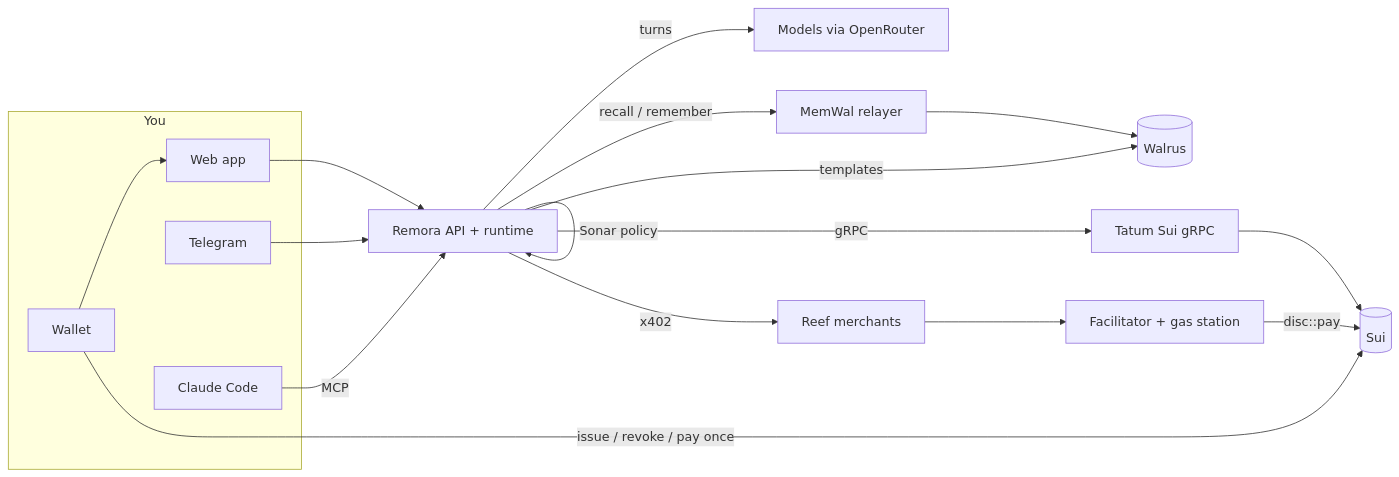
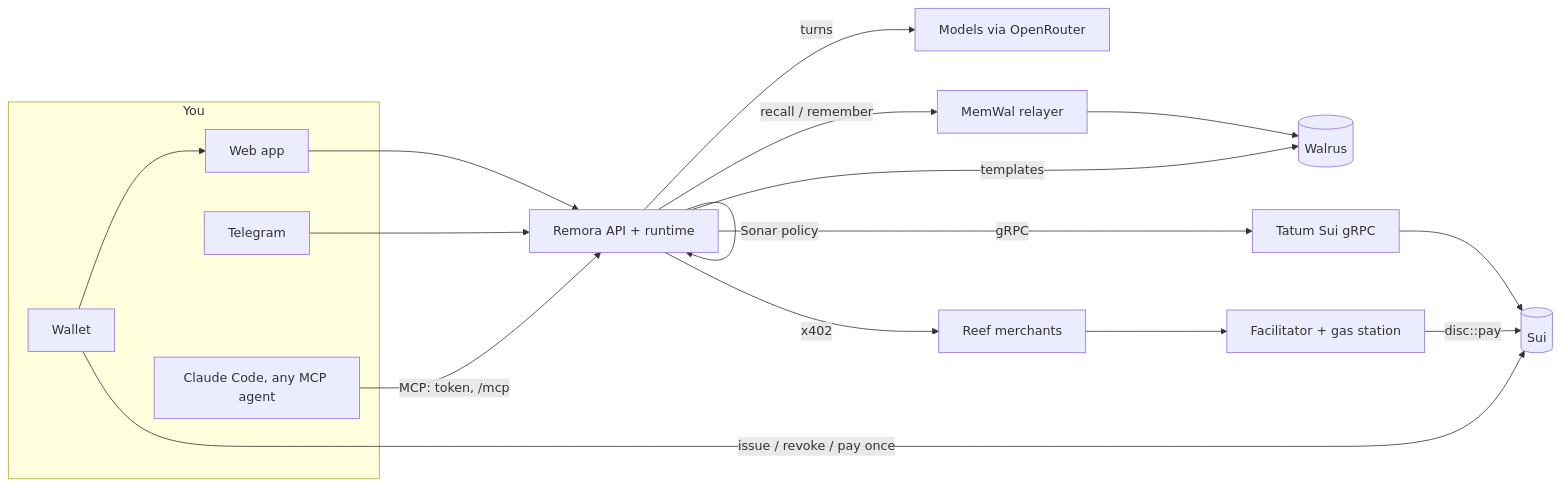
Before and after one commit to UyLeQuoc/walrus-session-10-remora: the diagram in README.md, drawn with Mermaid. The commit also changed other lines of this file and 10 other files, not shown here.

````diff
--- a/README.md
+++ b/README.md
@@ -33,19 +34,19 @@
 ```mermaid
 flowchart LR
   subgraph You
     W[Wallet] --> Web[Web app]
     TG[Telegram]
-    CC[Claude Code]
+    CC[Claude Code, any MCP agent]
   end
   Web --> API[Remora API + runtime]
   TG --> API
-  CC -->|MCP| API
+  CC -->|MCP: token, /mcp| API
   API -->|turns| Model[Models via OpenRouter]
   API -->|Sonar policy| API
   API -->|recall / remember| MemWal[MemWal relayer] --> Walrus[(Walrus)]
   API -->|templates| Walrus
   API -->|gRPC| Tatum[Tatum Sui gRPC] --> Sui[(Sui)]
   API -->|x402| Merchants[Reef merchants]
   Merchants --> Fac[Facilitator + gas station] -->|disc::pay| Sui
   W -->|issue / revoke / pay once| Sui
 ```
````
